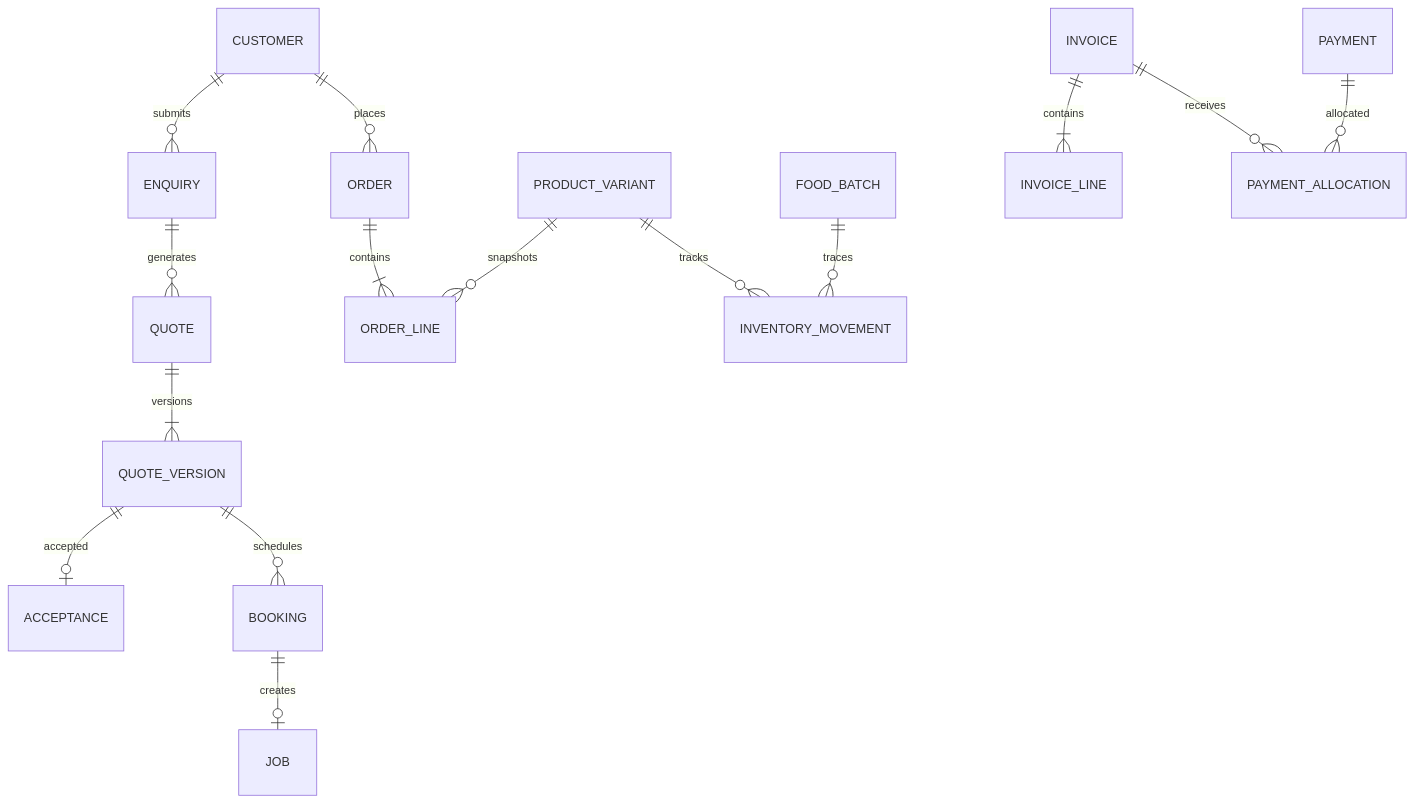
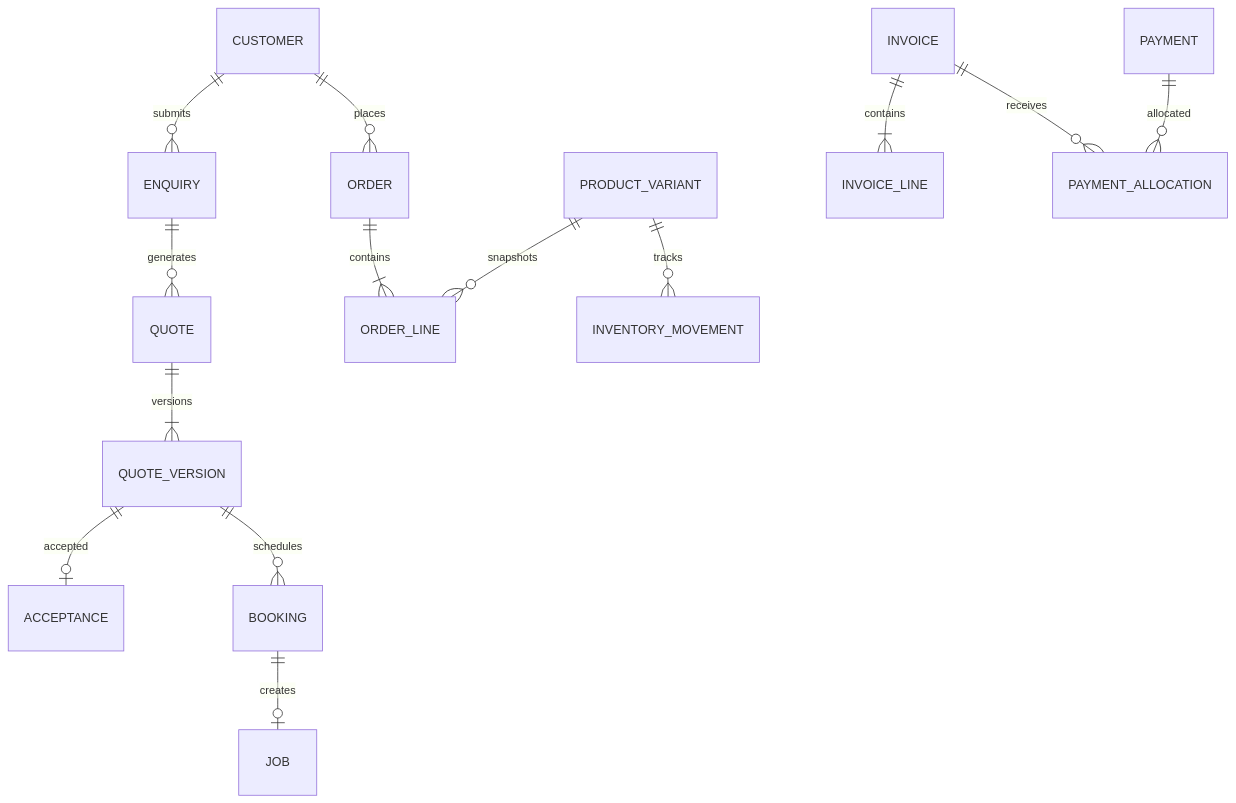
The diagram in docs/plans/04-data-model-and-access.md (lnkgroupsydney-hub/lnkgroup), drawn with Mermaid before and after one commit. The commit also changed other lines of this file and 79 other files, not shown here.

````diff
--- a/docs/plans/04-data-model-and-access.md
+++ b/docs/plans/04-data-model-and-access.md
@@ -53,17 +52,16 @@
 ```mermaid
 erDiagram
   CUSTOMER ||--o{ ENQUIRY : submits
   ENQUIRY ||--o{ QUOTE : generates
   QUOTE ||--|{ QUOTE_VERSION : versions
   QUOTE_VERSION ||--o| ACCEPTANCE : accepted
   QUOTE_VERSION ||--o{ BOOKING : schedules
   BOOKING ||--o| JOB : creates
   CUSTOMER ||--o{ ORDER : places
   ORDER ||--|{ ORDER_LINE : contains
   PRODUCT_VARIANT ||--o{ ORDER_LINE : snapshots
   PRODUCT_VARIANT ||--o{ INVENTORY_MOVEMENT : tracks
-  FOOD_BATCH ||--o{ INVENTORY_MOVEMENT : traces
   INVOICE ||--|{ INVOICE_LINE : contains
   PAYMENT ||--o{ PAYMENT_ALLOCATION : allocated
   INVOICE ||--o{ PAYMENT_ALLOCATION : receives
 ```
````
